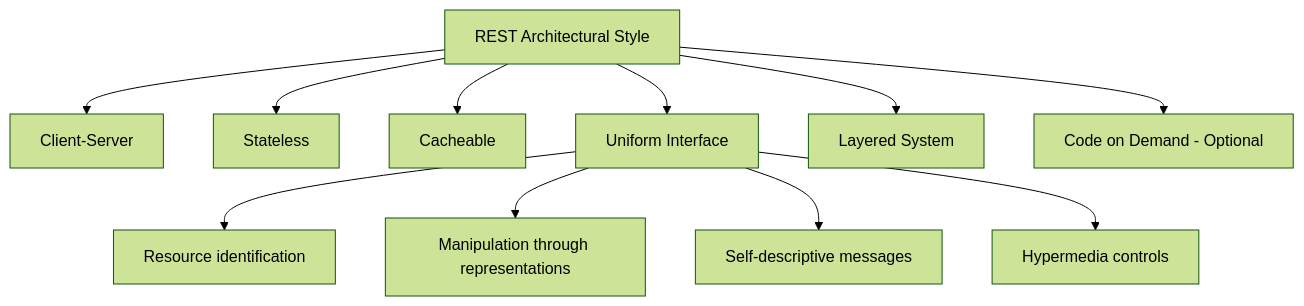
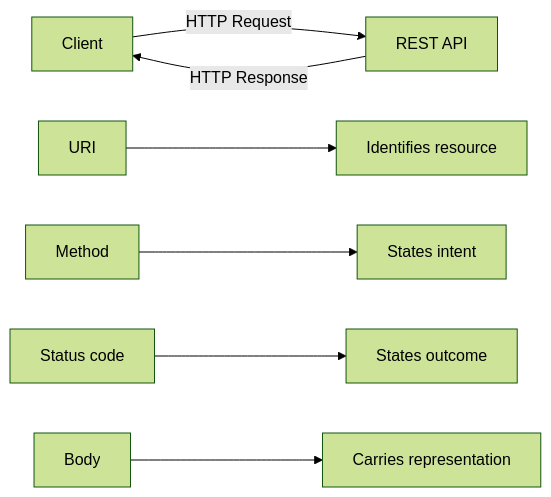
Before and after one commit to AvadhBhalodiya/Interview-Preparation: the first of 4 diagrams in src/content/api-design/rest-http-methods-status-codes.md, drawn with Mermaid (forest theme). The commit also changed other lines of this file and 54 other files, not shown here.

````diff
--- a/src/content/api-design/rest-http-methods-status-codes.md
+++ b/src/content/api-design/rest-http-methods-status-codes.md
@@ -131,15 +62,10 @@
 ```mermaid
-flowchart TD
-    REST[REST Architectural Style]
-    REST --> CS[Client-Server]
-    REST --> ST[Stateless]
-    REST --> CA[Cacheable]
-    REST --> UI[Uniform Interface]
-    REST --> LS[Layered System]
-    REST --> COD[Code on Demand - Optional]
+flowchart LR
+    C[Client] -->|HTTP Request| API[REST API]
+    API -->|HTTP Response| C
 
-    UI --> R1[Resource identification]
-    UI --> R2[Manipulation through representations]
-    UI --> R3[Self-descriptive messages]
-    UI --> R4[Hypermedia controls]
+    R1[URI] --> M1[Identifies resource]
+    R2[Method] --> M2[States intent]
+    R3[Status code] --> M3[States outcome]
+    R4[Body] --> M4[Carries representation]
 ```
````
